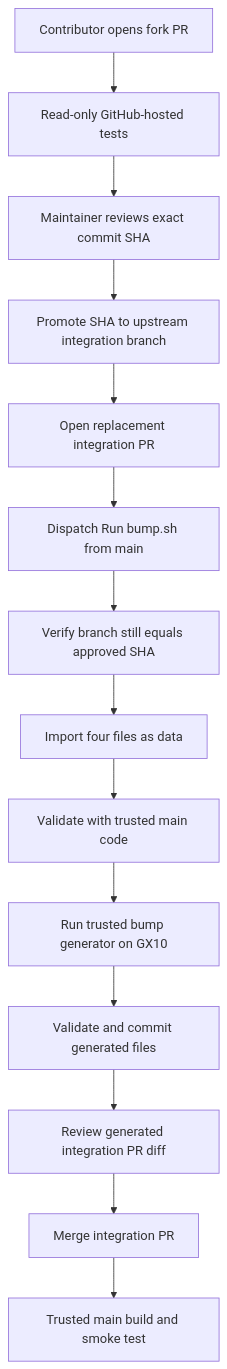
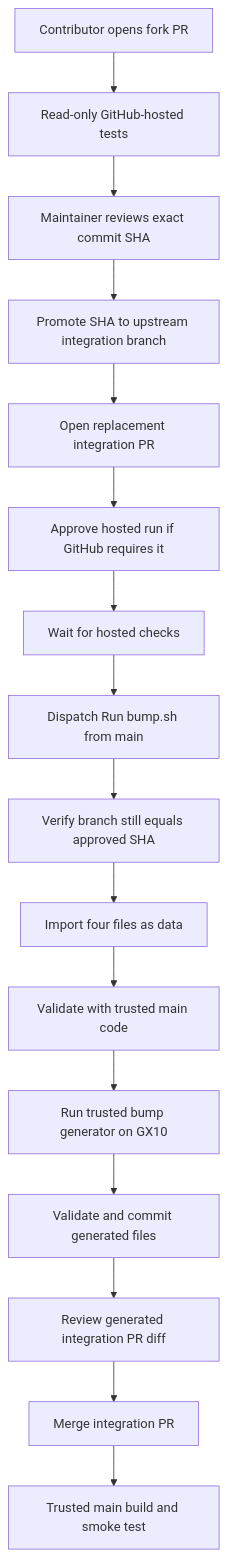
The diagram in docs/contributor-ci-security.md (timothystewart6/vllm-gb10), drawn with Mermaid before and after one commit. The commit also changed other lines of this file and 7 other files, not shown here.

First line of the commit message:
feat(ci): automate exact-SHA promotion of approved fork PRs (#77)

````diff
--- a/docs/contributor-ci-security.md
+++ b/docs/contributor-ci-security.md
@@ -28,16 +28,18 @@
 ```mermaid
 flowchart TD
     A[Contributor opens fork PR] --> B[Read-only GitHub-hosted tests]
     B --> C[Maintainer reviews exact commit SHA]
     C --> D[Promote SHA to upstream integration branch]
     D --> E[Open replacement integration PR]
-    E --> F[Dispatch Run bump.sh from main]
-    F --> G[Verify branch still equals approved SHA]
-    G --> H[Import four files as data]
-    H --> I[Validate with trusted main code]
-    I --> J[Run trusted bump generator on GX10]
-    J --> K[Validate and commit generated files]
-    K --> L[Review generated integration PR diff]
-    L --> M[Merge integration PR]
-    M --> N[Trusted main build and smoke test]
+    E --> F[Approve hosted run if GitHub requires it]
+    F --> G[Wait for hosted checks]
+    G --> H[Dispatch Run bump.sh from main]
+    H --> I[Verify branch still equals approved SHA]
+    I --> J[Import four files as data]
+    J --> K[Validate with trusted main code]
+    K --> L[Run trusted bump generator on GX10]
+    L --> M[Validate and commit generated files]
+    M --> N[Review generated integration PR diff]
+    N --> O[Merge integration PR]
+    O --> P[Trusted main build and smoke test]
 ```
````
